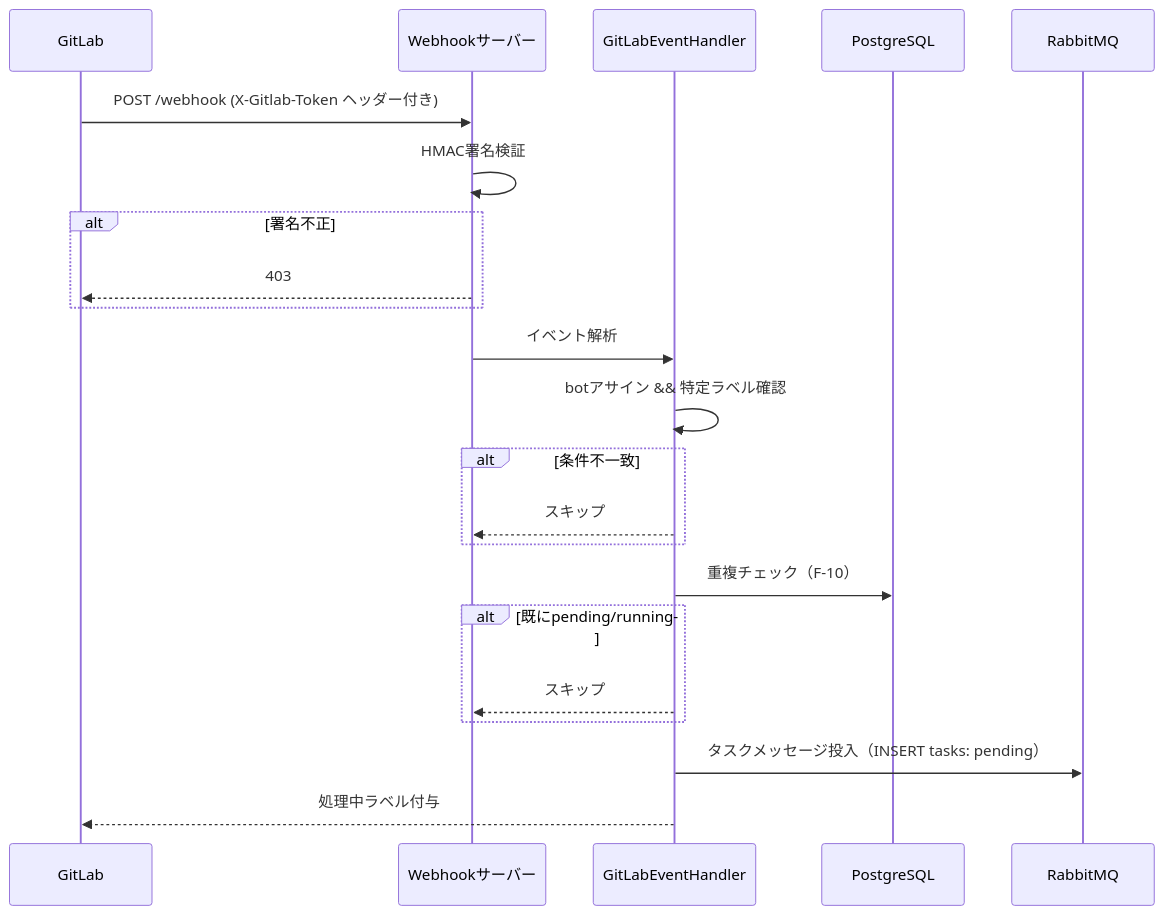
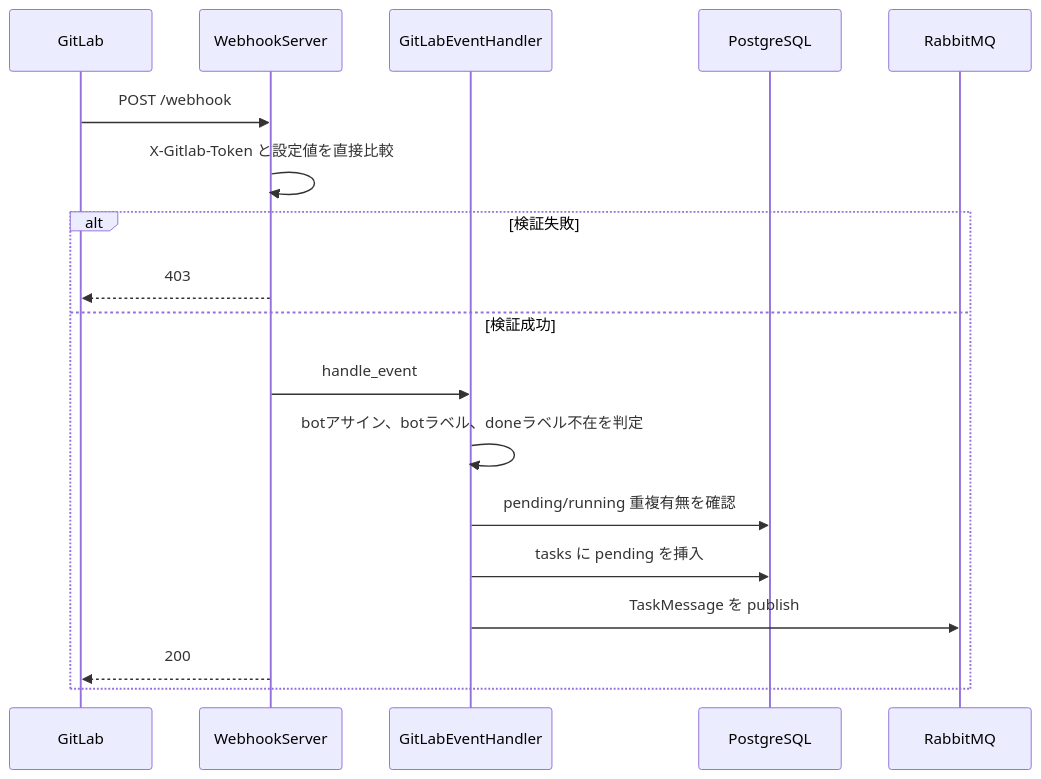
Before and after one commit to notfolder/CodingAgentAutomata: the fourth of 7 diagrams in docs/detail_design.md, drawn with Mermaid. The commit also changed other lines of this file, not shown here.

````diff
--- a/docs/detail_design.md
+++ b/docs/detail_design.md
@@ -513,25 +339,21 @@
 ```mermaid
 sequenceDiagram
     participant GL as GitLab
-    participant WH as Webhookサーバー
+    participant WS as WebhookServer
     participant EH as GitLabEventHandler
     participant DB as PostgreSQL
     participant MQ as RabbitMQ
 
-    GL->>WH: POST /webhook (X-Gitlab-Token ヘッダー付き)
-    WH->>WH: HMAC署名検証
-    alt 署名不正
-        WH-->>GL: 403
+    GL->>WS: POST /webhook
+    WS->>WS: X-Gitlab-Token と設定値を直接比較
+    alt 検証失敗
+        WS-->>GL: 403
+    else 検証成功
+        WS->>EH: handle_event
+        EH->>EH: botアサイン、botラベル、doneラベル不在を判定
+        EH->>DB: pending/running 重複有無を確認
+        EH->>DB: tasks に pending を挿入
+        EH->>MQ: TaskMessage を publish
+        WS-->>GL: 200
     end
-    WH->>EH: イベント解析
-    EH->>EH: botアサイン && 特定ラベル確認
-    alt 条件不一致
-        EH-->>WH: スキップ
-    end
-    EH->>DB: 重複チェック（F-10）
-    alt 既にpending/running
-        EH-->>WH: スキップ
-    end
-    EH->>MQ: タスクメッセージ投入（INSERT tasks: pending）
-    EH-->>GL: 処理中ラベル付与
 ```
````
